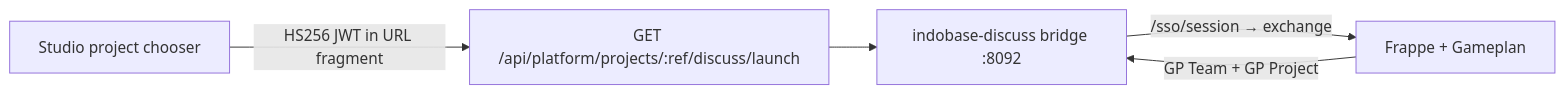
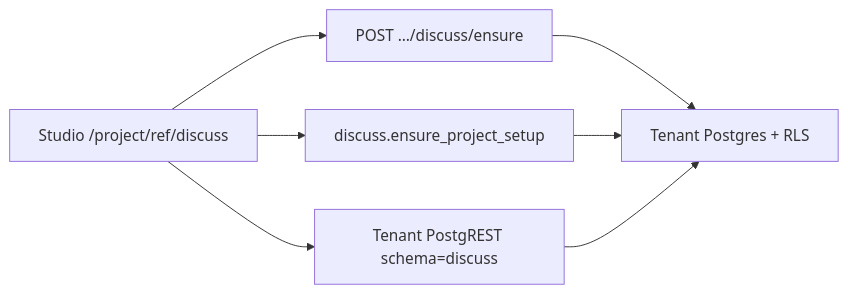
Before and after one commit to Indobase/Indobase: the diagram in docs/INDOBASE-DISCUSS.md, drawn with Mermaid. The commit also changed other lines of this file and 155 other files, not shown here.

First line of the commit message:
feat(studio): ship native Discuss and CRM with fail-closed tenancy

````diff
--- a/docs/INDOBASE-DISCUSS.md
+++ b/docs/INDOBASE-DISCUSS.md
@@ -23,11 +24,14 @@
 ```mermaid
 flowchart LR
-  Studio["Studio project chooser"]
-  Launch["GET /api/platform/projects/:ref/discuss/launch"]
-  Bridge["indobase-discuss bridge :8092"]
-  Frappe["Frappe + Gameplan"]
-  Studio -->|"HS256 JWT in URL fragment"| Launch
-  Launch --> Bridge
-  Bridge -->|"/sso/session → exchange"| Frappe
-  Frappe -->|"GP Team + GP Project"| Bridge
+  StudioUI["Studio /project/ref/discuss"]
+  Ensure["POST …/discuss/ensure"]
+  Setup["discuss.ensure_project_setup"]
+  PostgREST["Tenant PostgREST schema=discuss"]
+  TenantDB["Tenant Postgres + RLS"]
+  StudioUI --> Ensure
+  Ensure --> TenantDB
+  StudioUI --> Setup
+  Setup --> TenantDB
+  StudioUI --> PostgREST
+  PostgREST --> TenantDB
 ```
````
